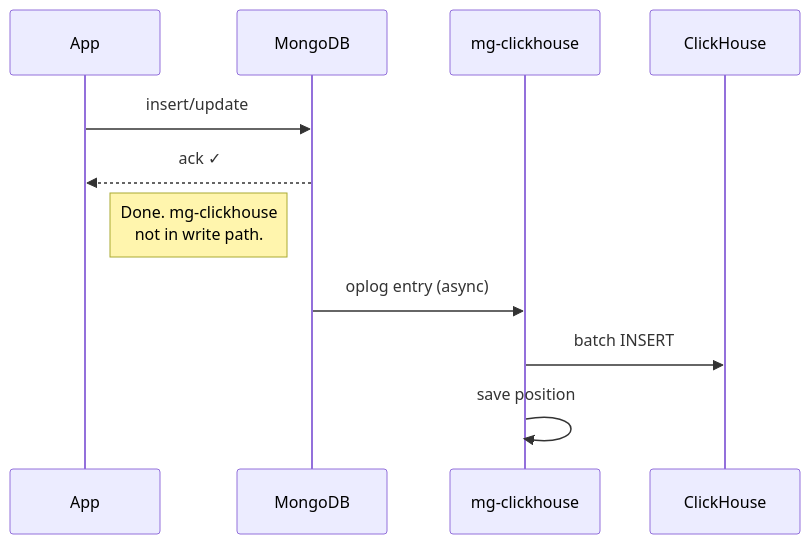
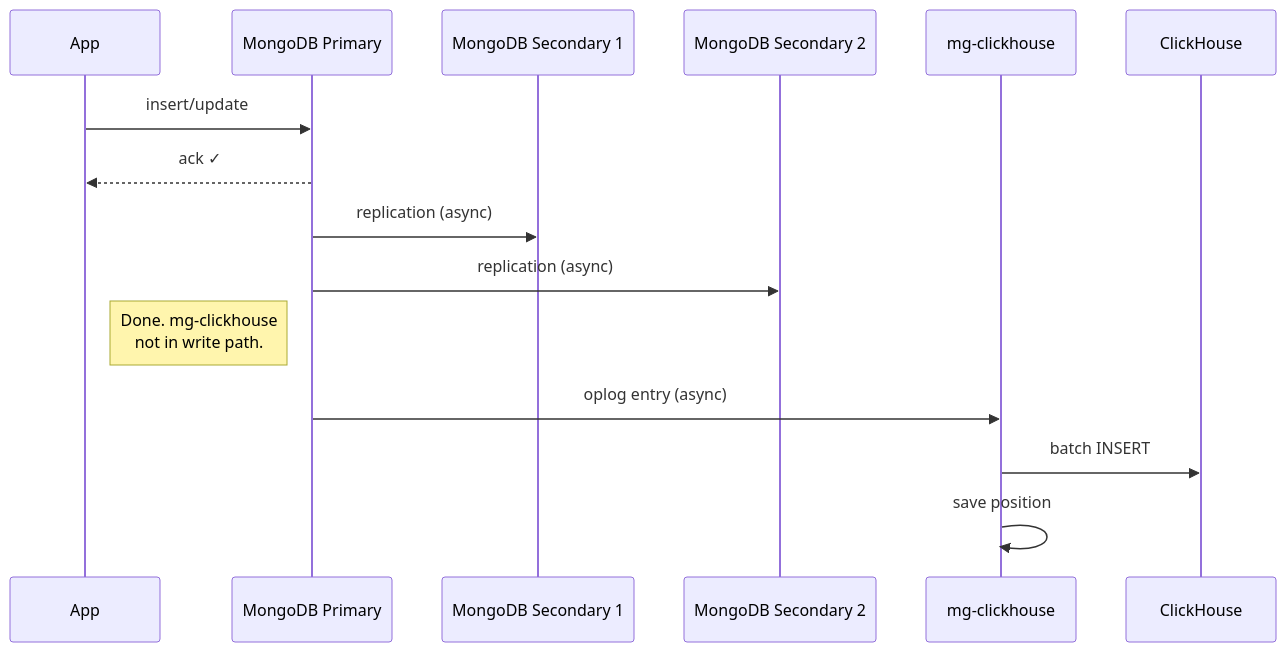
One commit to mrityunjaysharma/mongo-flux changed the second of 6 diagrams in docs/design.md. Above: the diagram before and after it, drawn with Mermaid. The commit also changed other lines of this file and 5 other files, not shown here.

Commit message:
modify architecture

````diff
--- a/docs/design.md
+++ b/docs/design.md
@@ -32,9 +38,18 @@
 ```mermaid
 sequenceDiagram
-    App->>MongoDB: insert/update
-    MongoDB-->>App: ack ✓
+    participant App
+    participant Primary as MongoDB Primary
+    participant S1 as MongoDB Secondary 1
+    participant S2 as MongoDB Secondary 2
+    participant mgch as mg-clickhouse
+    participant CH as ClickHouse
+
+    App->>Primary: insert/update
+    Primary-->>App: ack ✓
+    Primary->>S1: replication (async)
+    Primary->>S2: replication (async)
     Note right of App: Done. mg-clickhouse<br/>not in write path.
-    MongoDB->>mg-clickhouse: oplog entry (async)
-    mg-clickhouse->>ClickHouse: batch INSERT
-    mg-clickhouse->>mg-clickhouse: save position
+    Primary->>mgch: oplog entry (async)
+    mgch->>CH: batch INSERT
+    mgch->>mgch: save position
 ```
````
